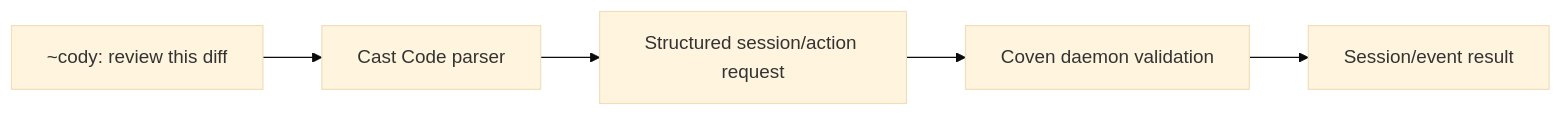
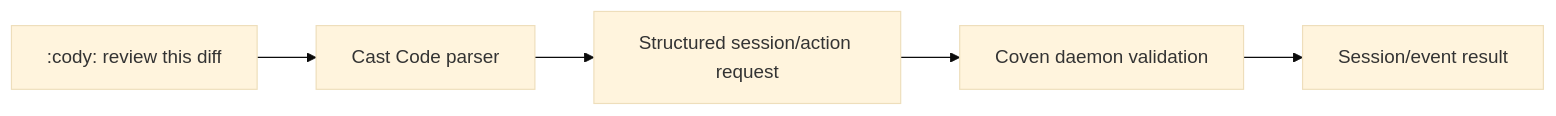
The sixth of 9 diagrams in content/docs/reference/migration-map.mdx (OpenCoven/coven-docs), drawn with Mermaid (base theme) before and after one commit.

Commit message:
docs: update stale ~ Cast Code prefix in migration-map mermaid diagram

````diff
--- a/content/docs/reference/migration-map.mdx
+++ b/content/docs/reference/migration-map.mdx
@@ -331,7 +331,7 @@
 ```mermaid
 flowchart LR
-  Intent["~cody: review this diff"] --> Parser["Cast Code parser"]
+  Intent[":cody: review this diff"] --> Parser["Cast Code parser"]
   Parser --> Request["Structured session/action request"]
   Request --> Daemon["Coven daemon validation"]
   Daemon --> Event["Session/event result"]
 ```
````
